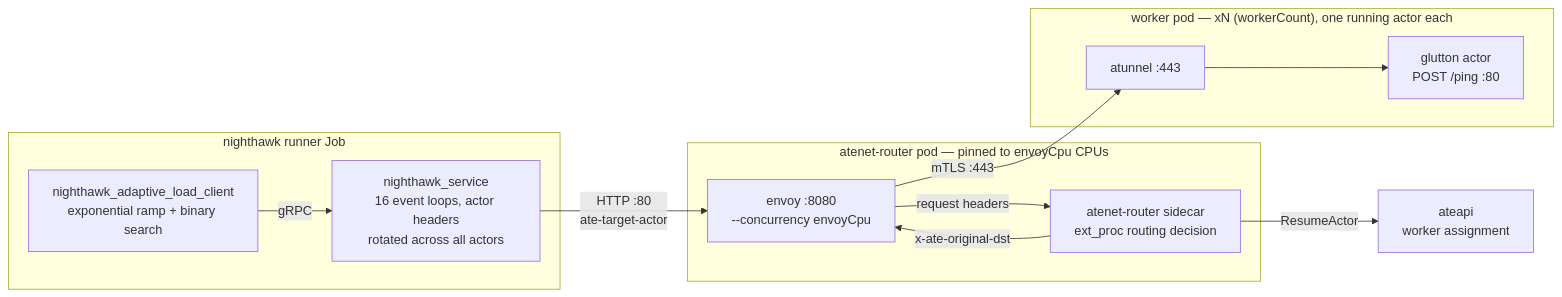
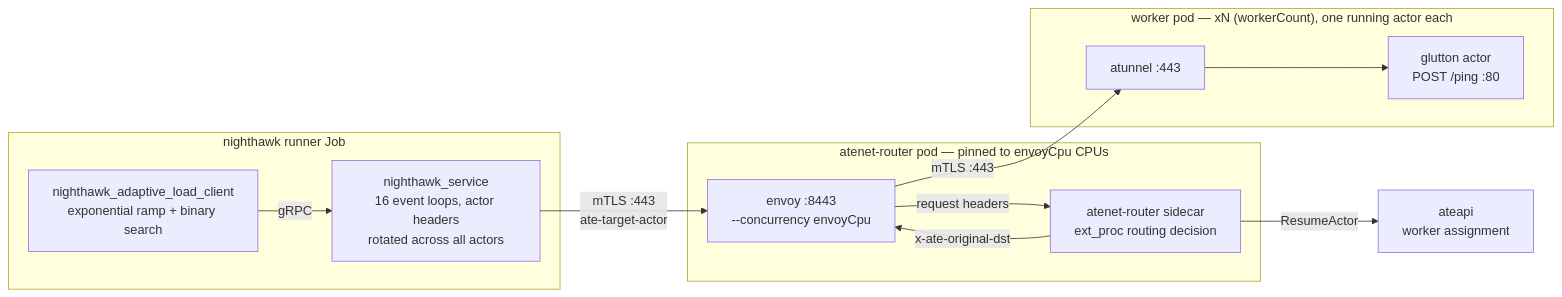
The first of 2 diagrams in benchmarking/nighthawk-ingress/README.md (agent-substrate/substrate), drawn with Mermaid before and after one commit. The commit also changed 11 other files, not shown here.

````diff
--- a/benchmarking/nighthawk-ingress/README.md
+++ b/benchmarking/nighthawk-ingress/README.md
@@ -36,25 +36,25 @@
 ```mermaid
 flowchart LR
     subgraph job["nighthawk runner Job"]
         alc["nighthawk_adaptive_load_client<br/>exponential ramp + binary search"]
         svc["nighthawk_service<br/>16 event loops, actor headers<br/>rotated across all actors"]
         alc -->|gRPC| svc
     end
 
     subgraph pod["atenet-router pod — pinned to envoyCpu CPUs"]
-        envoy["envoy :8080<br/>--concurrency envoyCpu"]
+        envoy["envoy :8443<br/>--concurrency envoyCpu"]
         extproc["atenet-router sidecar<br/>ext_proc routing decision"]
         envoy -->|request headers| extproc
         extproc -->|x-ate-original-dst| envoy
     end
 
     ateapi["ateapi<br/>worker assignment"]
 
     subgraph worker["worker pod — xN (workerCount), one running actor each"]
         atunnel["atunnel :443"] --> glutton["glutton actor<br/>POST /ping :80"]
     end
 
-    svc -->|"HTTP :80<br/>ate-target-actor"| envoy
+    svc -->|"mTLS :443<br/>ate-target-actor"| envoy
     extproc -->|ResumeActor| ateapi
     envoy -->|"mTLS :443"| atunnel
 ```
````
